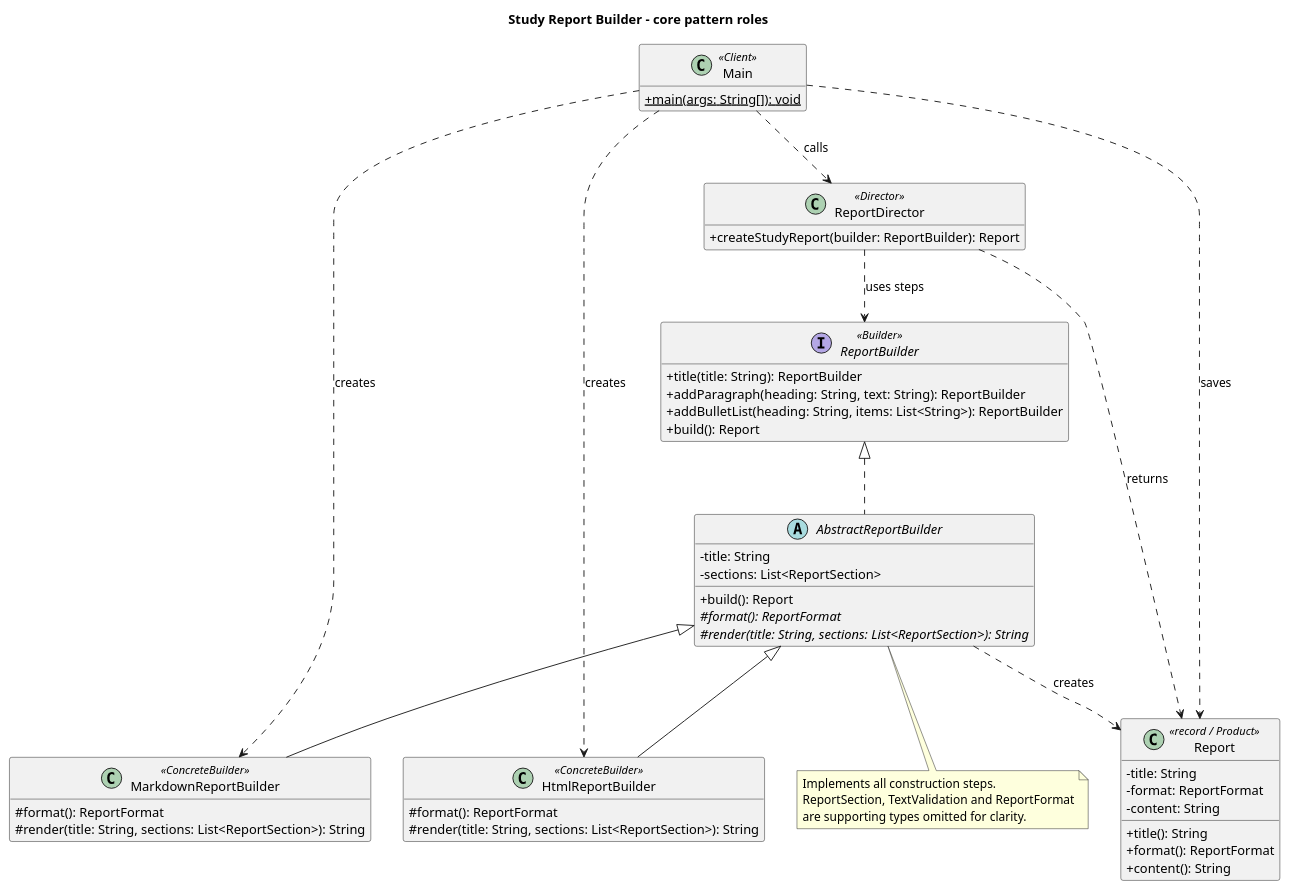
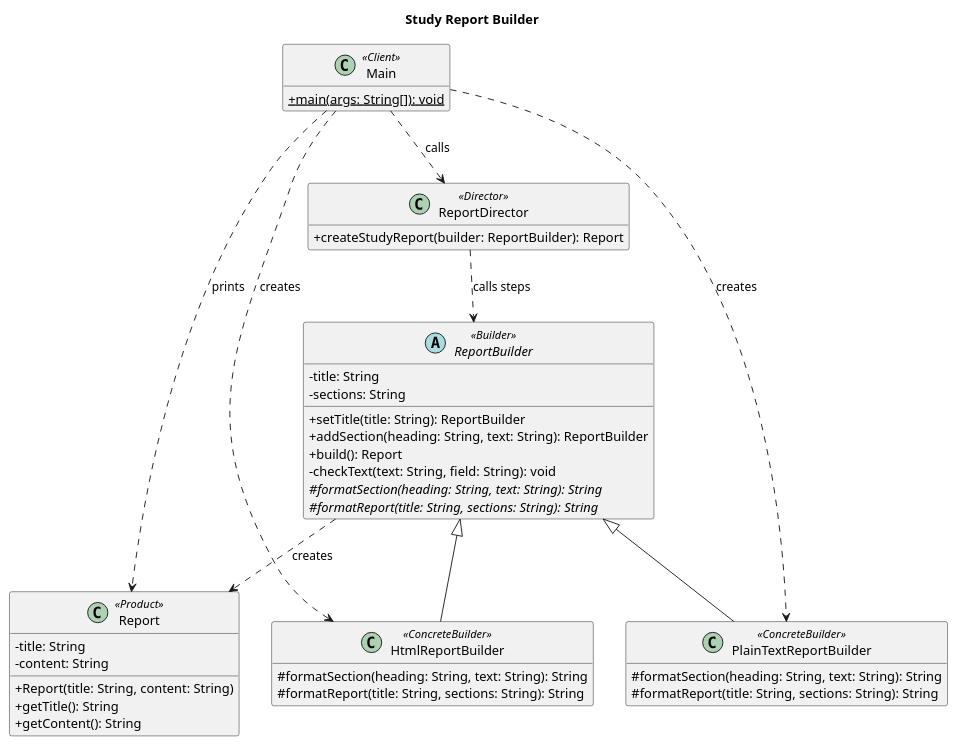
The diagram in docs/uml.puml (unknow9error/aitu-software-design-pattern-assignment1), drawn with PlantUML before and after one commit. The commit also changed 20 other files, not shown here.

```diff
--- a/docs/uml.puml
+++ b/docs/uml.puml
@@ -1,58 +1,46 @@
 @startuml
-title Study Report Builder - core pattern roles
+title Study Report Builder
 skinparam classAttributeIconSize 0
 hide empty members
 
-class Main <<Client>> {
-  + {static} main(args: String[]): void
+class Report <<Product>> {
+  - title: String
+  - content: String
+  + Report(title: String, content: String)
+  + getTitle(): String
+  + getContent(): String
+}
+abstract class ReportBuilder <<Builder>> {
+  - title: String
+  - sections: String
+  + setTitle(title: String): ReportBuilder
+  + addSection(heading: String, text: String): ReportBuilder
+  + build(): Report
+  - checkText(text: String, field: String): void
+  # {abstract} formatSection(heading: String, text: String): String
+  # {abstract} formatReport(title: String, sections: String): String
+}
+class PlainTextReportBuilder <<ConcreteBuilder>> {
+  # formatSection(heading: String, text: String): String
+  # formatReport(title: String, sections: String): String
+}
+class HtmlReportBuilder <<ConcreteBuilder>> {
+  # formatSection(heading: String, text: String): String
+  # formatReport(title: String, sections: String): String
 }
 class ReportDirector <<Director>> {
   + createStudyReport(builder: ReportBuilder): Report
 }
-interface ReportBuilder <<Builder>> {
-  + title(title: String): ReportBuilder
-  + addParagraph(heading: String, text: String): ReportBuilder
-  + addBulletList(heading: String, items: List<String>): ReportBuilder
-  + build(): Report
-}
-abstract class AbstractReportBuilder {
-  - title: String
-  - sections: List<ReportSection>
-  + build(): Report
-  # {abstract} format(): ReportFormat
-  # {abstract} render(title: String, sections: List<ReportSection>): String
-}
-class MarkdownReportBuilder <<ConcreteBuilder>> {
-  # format(): ReportFormat
-  # render(title: String, sections: List<ReportSection>): String
-}
-class HtmlReportBuilder <<ConcreteBuilder>> {
-  # format(): ReportFormat
-  # render(title: String, sections: List<ReportSection>): String
-}
-class Report <<record / Product>> {
-  - title: String
-  - format: ReportFormat
-  - content: String
-  + title(): String
-  + format(): ReportFormat
-  + content(): String
+class Main <<Client>> {
+  + {static} main(args: String[]): void
 }
 
+ReportBuilder <|-- PlainTextReportBuilder
+ReportBuilder <|-- HtmlReportBuilder
+ReportBuilder ..> Report : creates
+ReportDirector ..> ReportBuilder : calls steps
 Main ..> ReportDirector : calls
-Main ..> MarkdownReportBuilder : creates
+Main ..> PlainTextReportBuilder : creates
 Main ..> HtmlReportBuilder : creates
-Main ..> Report : saves
-ReportDirector ..> ReportBuilder : uses steps
-ReportDirector ..> Report : returns
-ReportBuilder <|.. AbstractReportBuilder
-AbstractReportBuilder <|-- MarkdownReportBuilder
-AbstractReportBuilder <|-- HtmlReportBuilder
-AbstractReportBuilder ..> Report : creates
-
-note bottom of AbstractReportBuilder
-  Implements all construction steps.
-  ReportSection, TextValidation and ReportFormat
-  are supporting types omitted for clarity.
-end note
+Main ..> Report : prints
 @enduml
```
